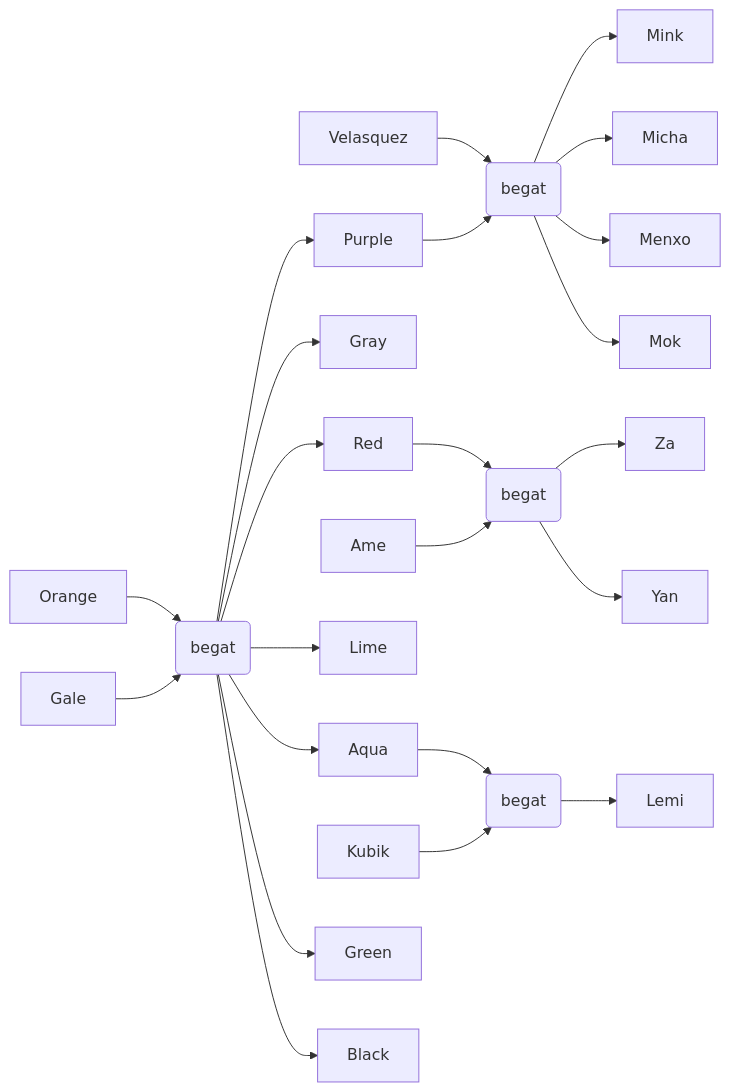
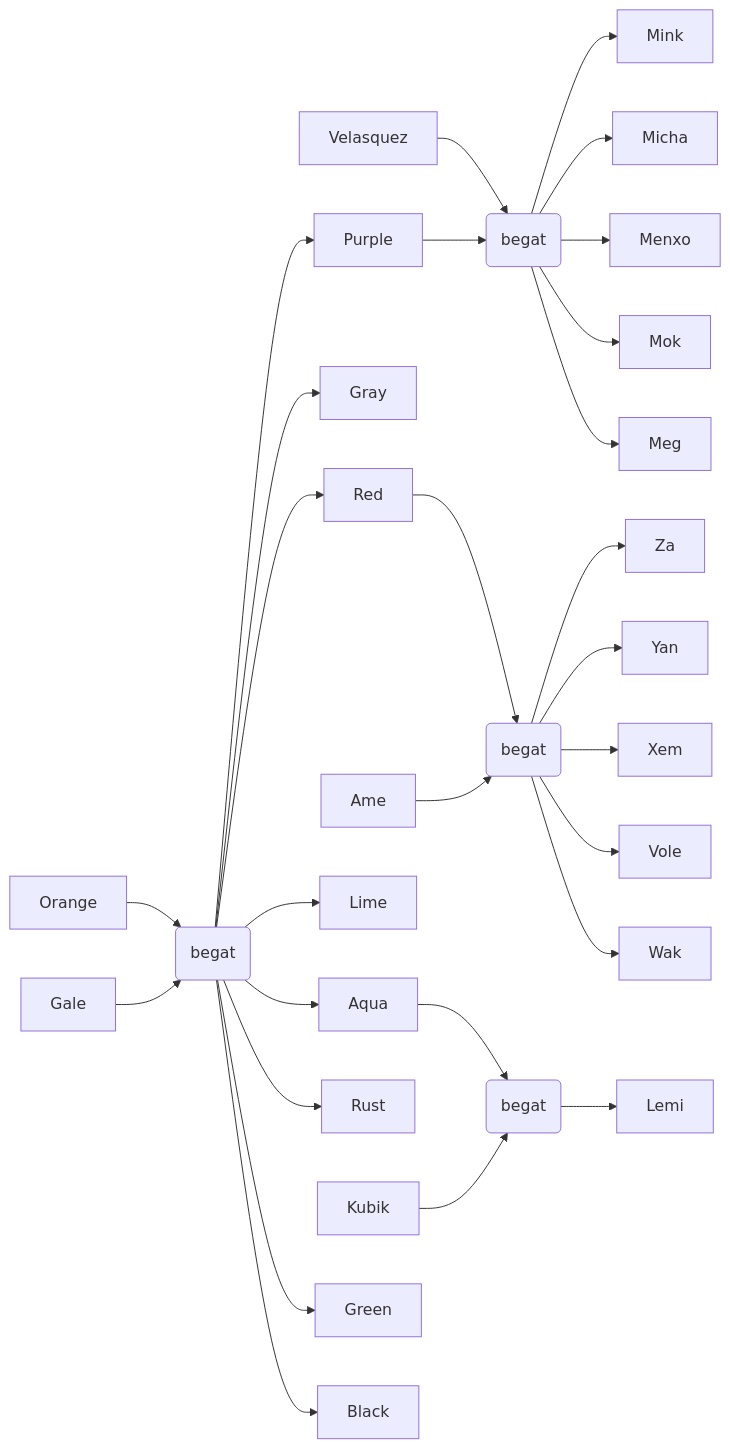
Before and after one commit to WuphonsReach/rimworld-notes: the diagram in plays/BaidaTribe2025/Baida-FamilyTrees.md, drawn with Mermaid. The commit also changed 1 other file, not shown here.

Commit message:
Baida 5533

````diff
--- a/plays/BaidaTribe2025/Baida-FamilyTrees.md
+++ b/plays/BaidaTribe2025/Baida-FamilyTrees.md
@@ -5,25 +5,30 @@
 ```mermaid
 flowchart LR
   Orange --> OrangeGale(begat)
   Gale --> OrangeGale(begat)
   Velasquez --> PurpleVelasquez(begat)
   OrangeGale --> Purple
   OrangeGale --> Gray
   OrangeGale --> Red
   Red --> RedAme(begat)
   Ame --> RedAme(begat)
   OrangeGale --> Lime
   OrangeGale --> Aqua
+  OrangeGale --> Rust
   Aqua --> AquaKubik(begat)
   Kubik --> AquaKubik(begat)
   OrangeGale --> Green
   OrangeGale --> Black
   Purple --> PurpleVelasquez(begat)
   PurpleVelasquez --> Mink
   PurpleVelasquez --> Micha
   PurpleVelasquez --> Menxo
   PurpleVelasquez --> Mok
+  PurpleVelasquez --> Meg
   RedAme --> Za
   RedAme --> Yan
+  RedAme --> Xem
+  RedAme --> Vole
+  RedAme --> Wak
   AquaKubik --> Lemi
 ```
````
